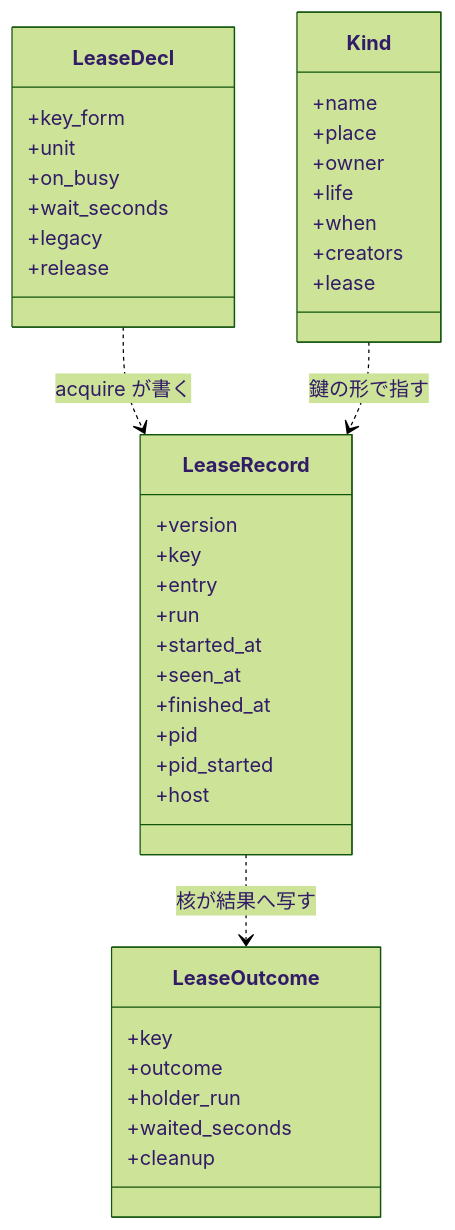
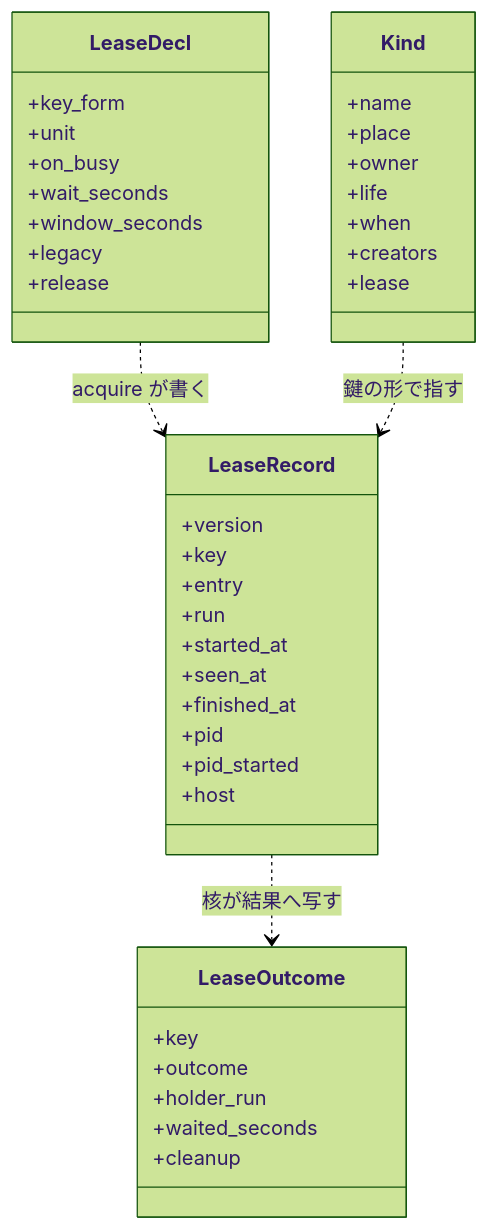
One commit to devbasex/ai-plugins changed the third of 7 diagrams in issues/issue-2342-design.md. Above: the diagram before and after it, drawn with Mermaid (forest theme). The commit also changed other lines of this file and 4 other files, not shown here.

````diff
--- a/issues/issue-2342-design.md
+++ b/issues/issue-2342-design.md
@@ -232,42 +234,43 @@
 ```mermaid
 classDiagram
     class LeaseDecl {
         +key_form
         +unit
         +on_busy
         +wait_seconds
+        +window_seconds
         +legacy
         +release
     }
     class LeaseRecord {
         +version
         +key
         +entry
         +run
         +started_at
         +seen_at
         +finished_at
         +pid
         +pid_started
         +host
     }
     class LeaseOutcome {
         +key
         +outcome
         +holder_run
         +waited_seconds
         +cleanup
     }
     class Kind {
         +name
         +place
         +owner
         +life
         +when
         +creators
         +lease
     }
     LeaseDecl ..> LeaseRecord : acquire が書く
     LeaseRecord ..> LeaseOutcome : 核が結果へ写す
     Kind ..> LeaseRecord : 鍵の形で指す
 ```
````
